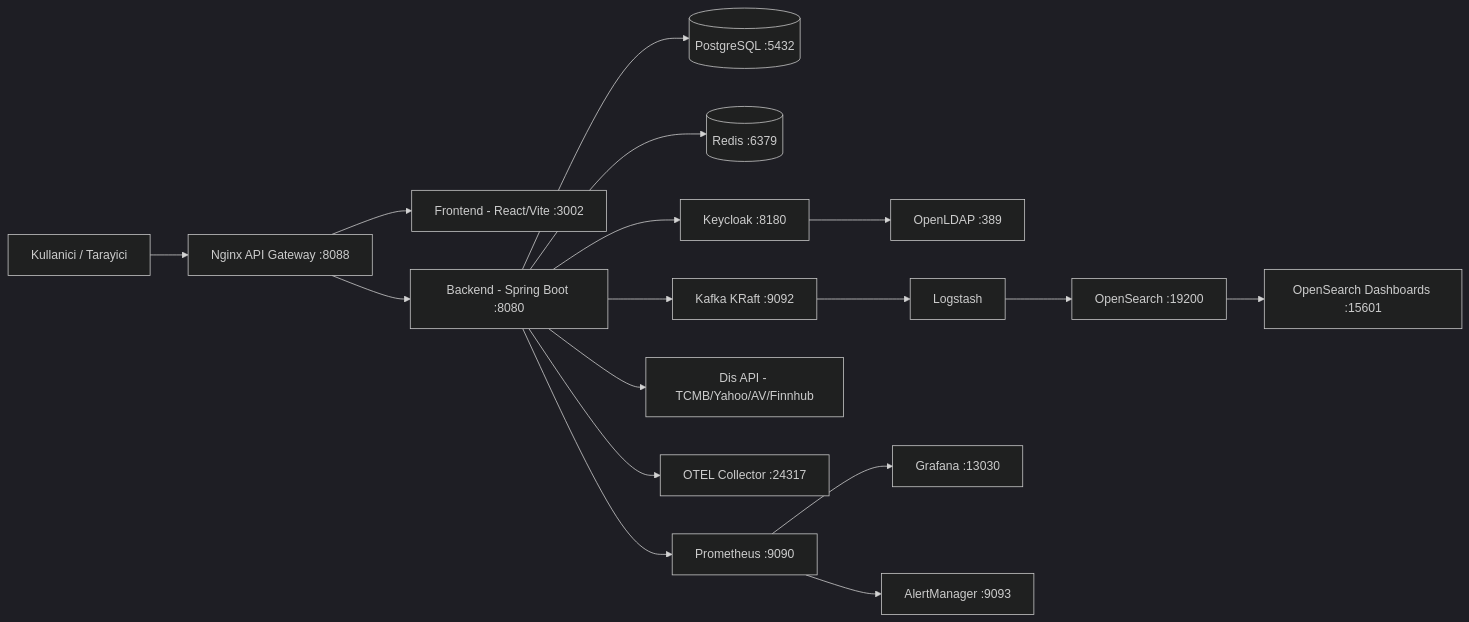
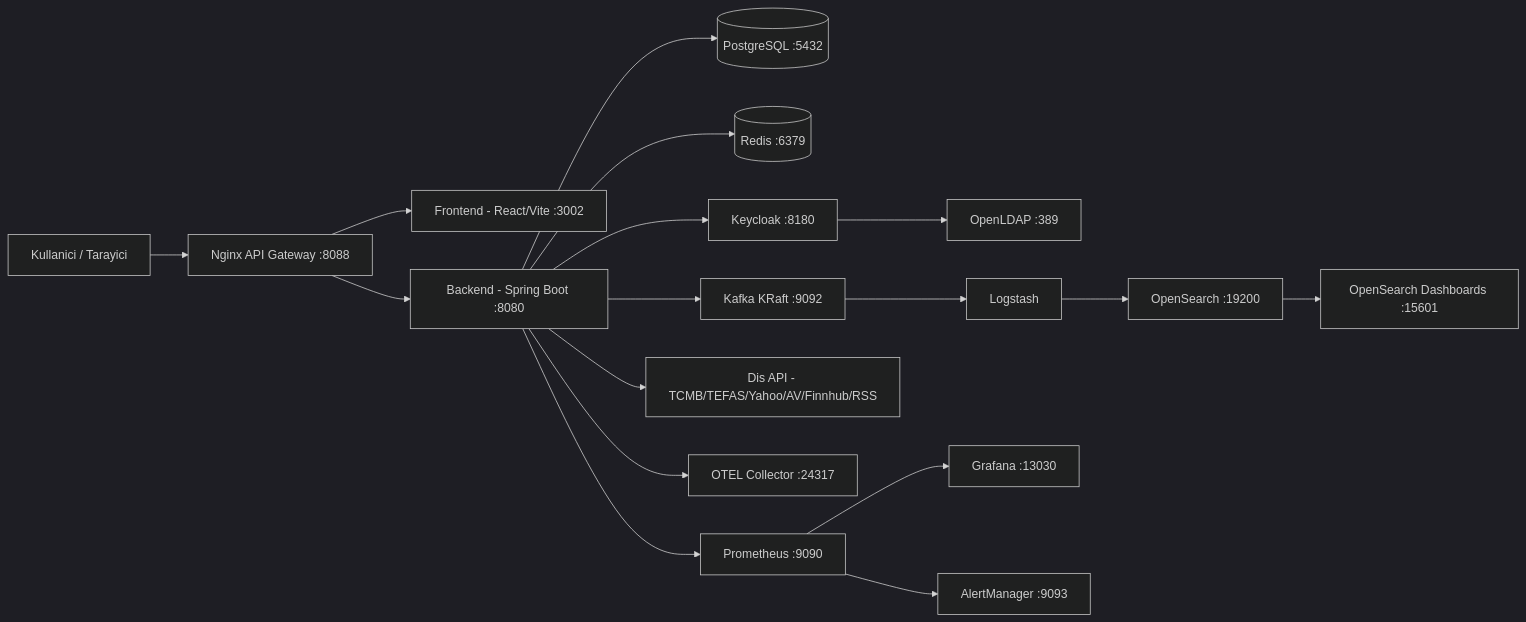
Before and after one commit to mtgsoftworks/Project_MintStack: the first of 6 diagrams in docs/ARCHITECTURE.md, drawn with Mermaid (dark theme). The commit also changed other lines of this file and 12 other files, not shown here.

````diff
--- a/docs/ARCHITECTURE.md
+++ b/docs/ARCHITECTURE.md
@@ -53,22 +53,22 @@
 ```mermaid
 flowchart LR
     U[Kullanici / Tarayici] --> N[Nginx API Gateway :8088]
     N --> F[Frontend - React/Vite :3002]
     N --> B[Backend - Spring Boot :8080]
 
     B --> P[(PostgreSQL :5432)]
     B --> R[(Redis :6379)]
     B --> K[Kafka KRaft :9092]
     B --> KC[Keycloak :8180]
-    B --> EXT[Dis API - TCMB/Yahoo/AV/Finnhub]
+    B --> EXT[Dis API - TCMB/TEFAS/Yahoo/AV/Finnhub/RSS]
 
     KC --> LDAP[OpenLDAP :389]
 
     K --> LS[Logstash]
     LS --> OS[OpenSearch :19200]
     B --> OTL[OTEL Collector :24317]
     B --> PR[Prometheus :9090]
     PR --> G[Grafana :13030]
     PR --> AM[AlertManager :9093]
     OS --> OSD[OpenSearch Dashboards :15601]
 ```
````
